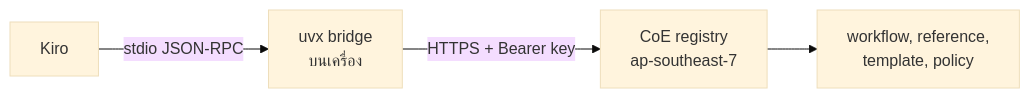
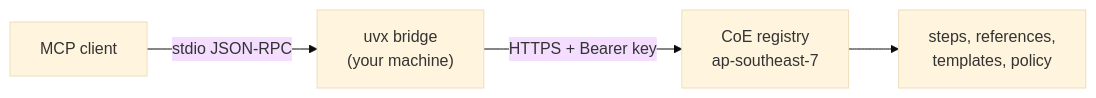
The diagram in aidlc.kiro/mcp/README.md (AIDLC-KIRO/msclabs.agent-registry), drawn with Mermaid (base theme) before and after one commit. The commit also changed other lines of this file and 158 other files, not shown here.

````diff
--- a/aidlc.kiro/mcp/README.md
+++ b/aidlc.kiro/mcp/README.md
@@ -24,6 +34,6 @@
 ```mermaid
 flowchart LR
-  K[Kiro] -- stdio JSON-RPC --> B[uvx bridge<br/>บนเครื่อง]
-  B -- HTTPS + Bearer key --> G[CoE registry<br/>ap-southeast-7]
-  G --> W[workflow, reference,<br/>template, policy]
+  C[MCP client] -- stdio JSON-RPC --> B["uvx bridge<br/>(your machine)"]
+  B -- "HTTPS + Bearer key" --> R["CoE registry<br/>ap-southeast-7"]
+  R --> W[steps, references,<br/>templates, policy]
 ```
````
